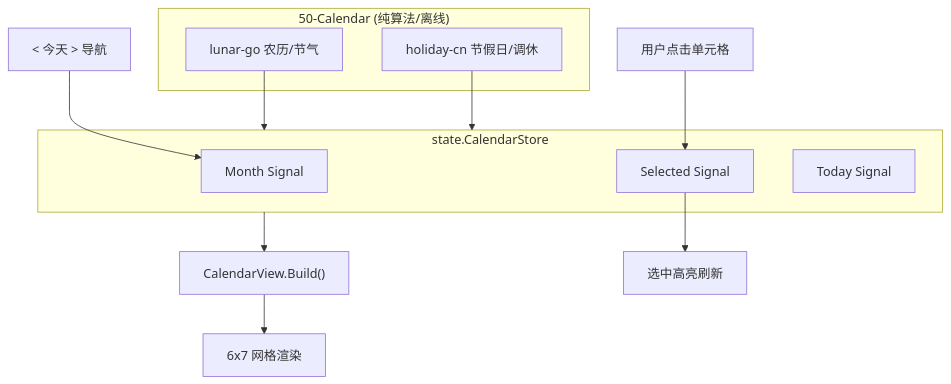
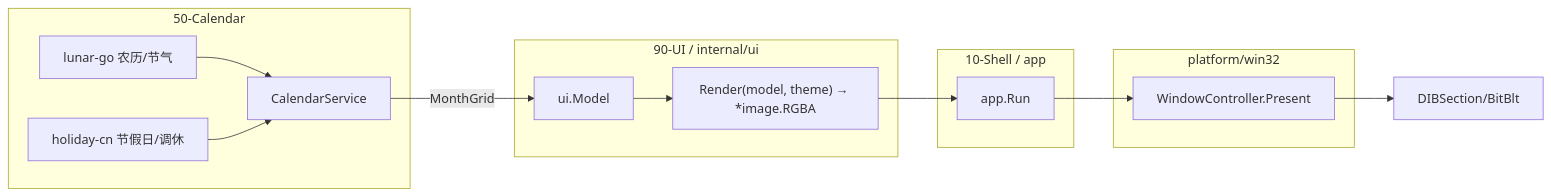
Before and after one commit to shaolei/DeskCalendar: the second of 4 diagrams in docs/90-UI/CalendarView.md, drawn with Mermaid. The commit also changed other lines of this file and 13 other files, not shown here.

First line of the commit message:
feat(ui): implement #90-UI render layer (gg -> *image.RGBA via WindowController.Present)

````diff
--- a/docs/90-UI/CalendarView.md
+++ b/docs/90-UI/CalendarView.md
@@ -61,19 +72,25 @@
 ```mermaid
-flowchart TB
-    subgraph CALC["50-Calendar (纯算法/离线)"]
+flowchart LR
+    subgraph CALC["50-Calendar"]
         Lunar["lunar-go 农历/节气"]
         Holiday["holiday-cn 节假日/调休"]
+        Svc["CalendarService"]
     end
-    subgraph ST["state.CalendarStore"]
-        Month["Month Signal"]
-        Sel["Selected Signal"]
-        Today["Today Signal"]
+    subgraph UI["90-UI / internal/ui"]
+        Model["ui.Model"]
+        Render["Render(model, theme) → *image.RGBA"]
     end
-    Lunar --> ST
-    Holiday --> ST
-    ST --> CV["CalendarView.Build()"]
-    CV --> Grid["6x7 网格渲染"]
-    User["用户点击单元格"] --> Sel
-    Sel --> HL["选中高亮刷新"]
-    Nav["< 今天 > 导航"] --> Month
+    subgraph SHELL["10-Shell / app"]
+        Wire["app.Run"]
+    end
+    subgraph WIN["platform/win32"]
+        Present["WindowController.Present"]
+    end
+    Lunar --> Svc
+    Holiday --> Svc
+    Svc -->|MonthGrid| Model
+    Model --> Render
+    Render --> Wire
+    Wire --> Present
+    Present --> DIB["DIBSection/BitBlt"]
 ```
````
